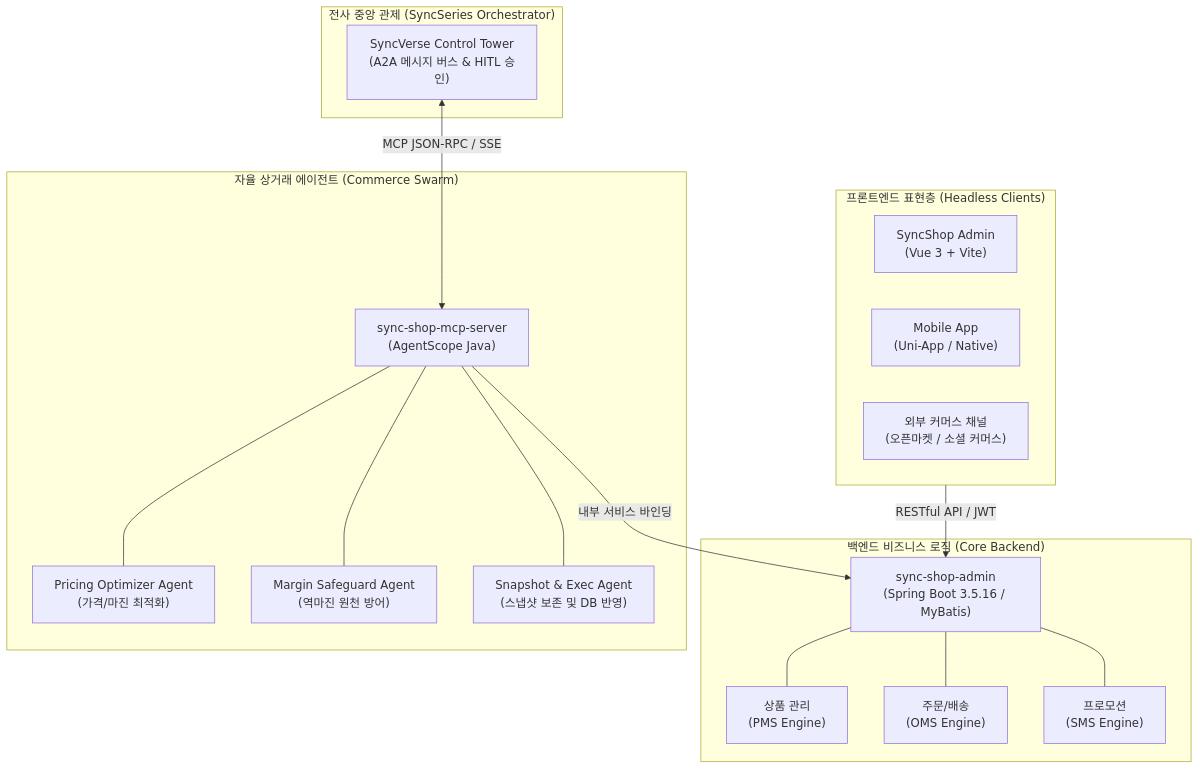
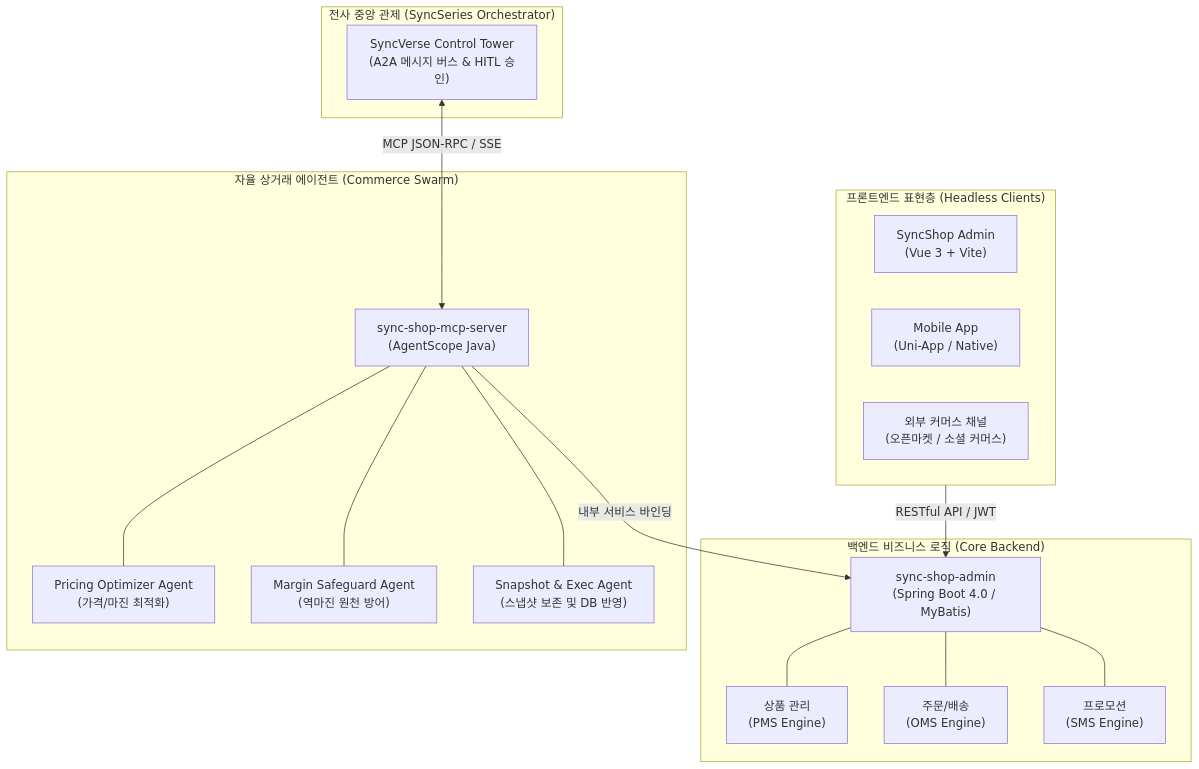
One commit to DramaticCollaboration/doc.github.io changed the first of 2 diagrams in ko/syncshop/architecture.md. Above: the diagram before and after it, drawn with Mermaid. The commit also changed other lines of this file and 45 other files, not shown here.

````diff
--- a/ko/syncshop/architecture.md
+++ b/ko/syncshop/architecture.md
@@ -20,36 +20,36 @@
 ```mermaid
 flowchart TD
     subgraph ClientLayer ["프론트엔드 표현층 (Headless Clients)"]
         WebAdmin["SyncShop Admin\n(Vue 3 + Vite)"]
         MobileApp["Mobile App\n(Uni-App / Native)"]
         ThirdParty["외부 커머스 채널\n(오픈마켓 / 소셜 커머스)"]
     end
 
     subgraph ServiceLayer ["백엔드 비즈니스 로직 (Core Backend)"]
-        AdminServer["sync-shop-admin\n(Spring Boot 3.5.16 / MyBatis)"]
+        AdminServer["sync-shop-admin\n(Spring Boot 4.0 / MyBatis)"]
         PMS["상품 관리\n(PMS Engine)"]
         OMS["주문/배송\n(OMS Engine)"]
         SMS["프로모션\n(SMS Engine)"]
         AdminServer --- PMS
         AdminServer --- OMS
         AdminServer --- SMS
     end
 
     subgraph AgentLayer ["자율 상거래 에이전트 (Commerce Swarm)"]
         McpServer["sync-shop-mcp-server\n(AgentScope Java)"]
         PricingAgent["Pricing Optimizer Agent\n(가격/마진 최적화)"]
         SafeguardAgent["Margin Safeguard Agent\n(역마진 원천 방어)"]
         ExecAgent["Snapshot & Exec Agent\n(스냅샷 보존 및 DB 반영)"]
         McpServer --- PricingAgent
         McpServer --- SafeguardAgent
         McpServer --- ExecAgent
     end
 
     subgraph ControlTower ["전사 중앙 관제 (SyncSeries Orchestrator)"]
         SyncVerse["SyncVerse Control Tower\n(A2A 메시지 버스 & HITL 승인)"]
     end
 
     ClientLayer -->|RESTful API / JWT| AdminServer
     SyncVerse <-->|MCP JSON-RPC / SSE| McpServer
     McpServer -->|내부 서비스 바인딩| AdminServer
 ```
````
